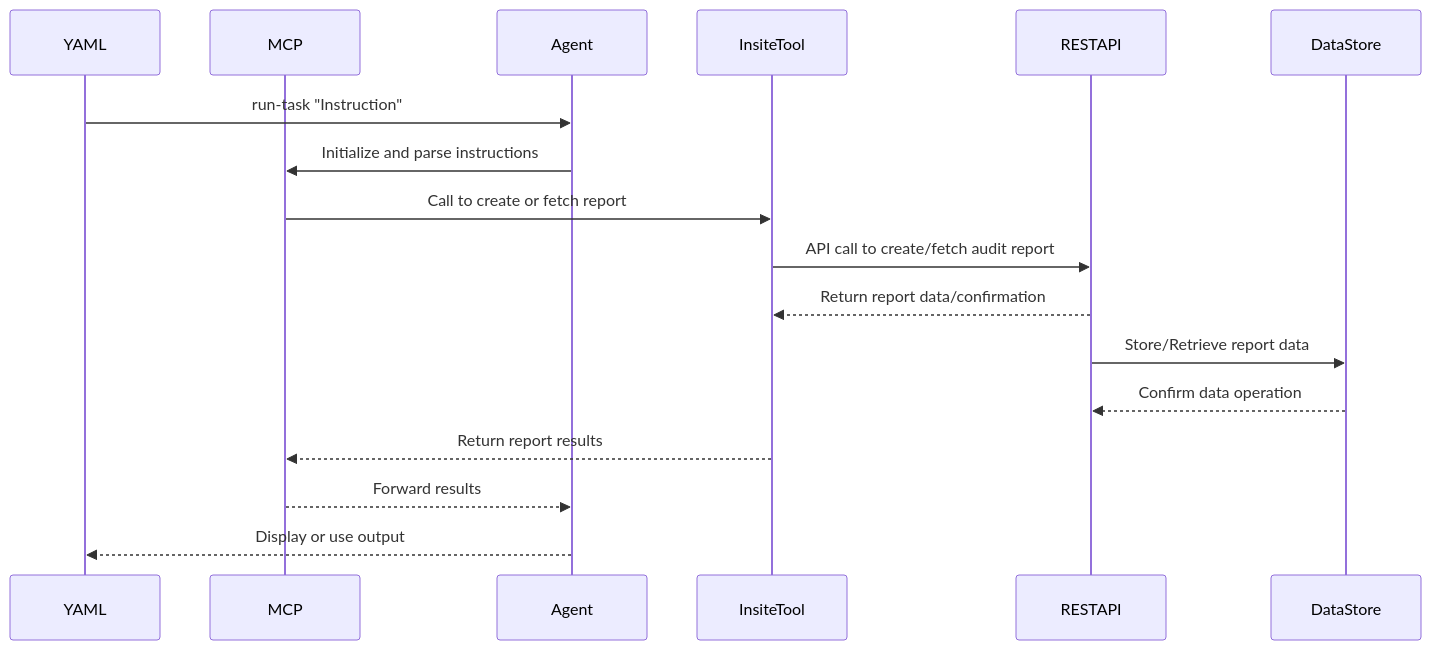
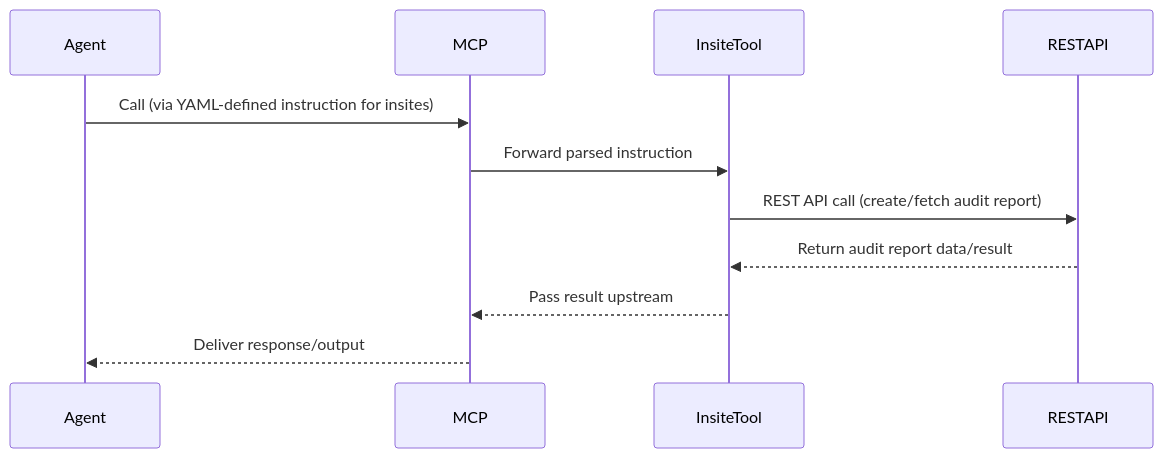
Before and after one commit to nenavathsuresh/Autogen: the second of 2 diagrams in README.md, drawn with Mermaid.

````diff
--- a/README.md
+++ b/README.md
@@ -104,31 +104,16 @@
 ```mermaid
 sequenceDiagram
-    participant YAML
+    participant Agent
     participant MCP
-    participant Agent
     participant InsiteTool
     participant RESTAPI
-    participant DataStore
 
-    YAML->>Agent: run-task "Instruction"
+    Agent->>MCP: Call (via YAML-defined instruction for insites)
+    MCP->>InsiteTool: Forward parsed instruction
+    InsiteTool->>RESTAPI: REST API call (create/fetch audit report)
+    RESTAPI-->>InsiteTool: Return audit report data/result
+    InsiteTool-->>MCP: Pass result upstream
+    MCP-->>Agent: Deliver response/output
 
-    %% Initialization and Setup
-    Agent->>MCP: Initialize and parse instructions
-
-    %% 1. MCP Processes Instruction
-    MCP->>InsiteTool: Call to create or fetch report
-
-    %% 2. Insite Tool Calls REST API
-    InsiteTool->>RESTAPI: API call to create/fetch audit report
-    RESTAPI-->>InsiteTool: Return report data/confirmation
-
-    %% 3. Data Store Interaction
-    RESTAPI->>DataStore: Store/Retrieve report data
-    DataStore-->>RESTAPI: Confirm data operation
-
-    %% 4. Response Propagation
-    InsiteTool-->>MCP: Return report results
-    MCP-->>Agent: Forward results
-    Agent-->>YAML: Display or use output
 
 ```
````
